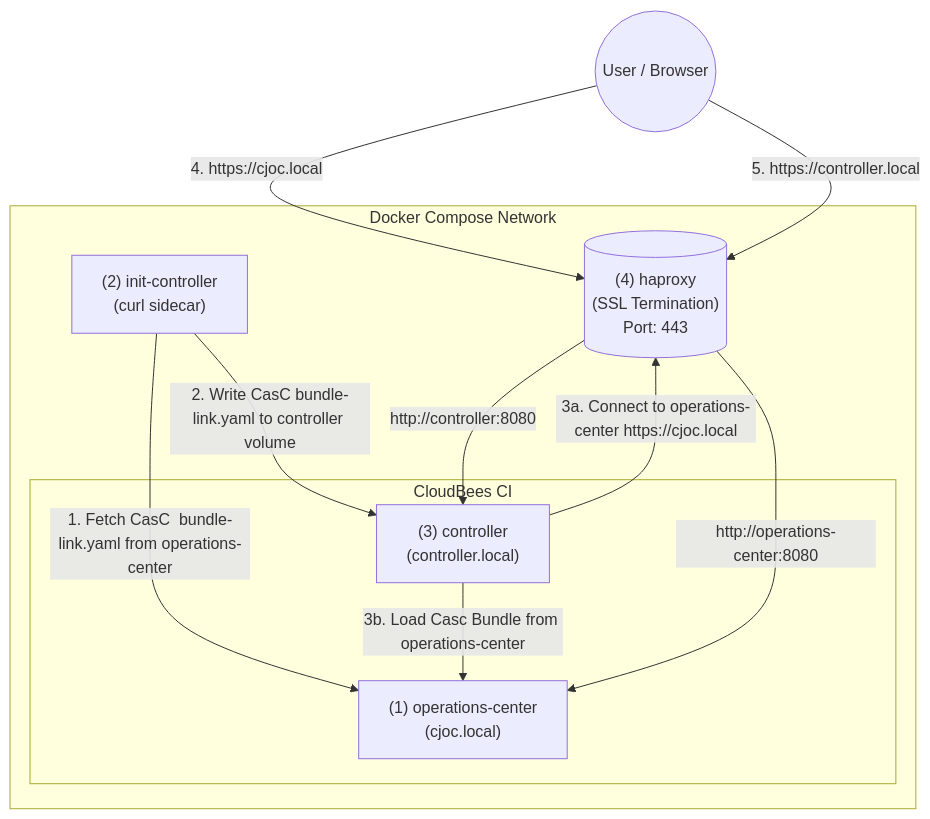
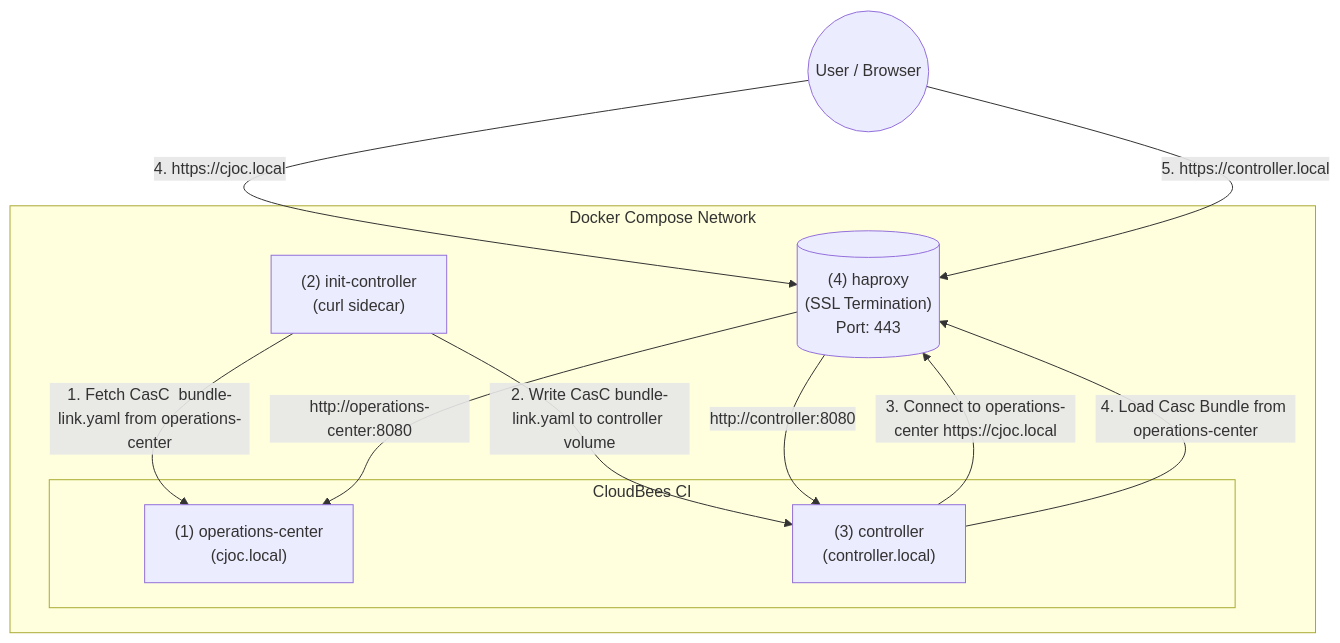
The first of 2 diagrams in README.md (cb-ci/ci-traditional), drawn with Mermaid before and after one commit.

````diff
--- a/README.md
+++ b/README.md
@@ -23,27 +23,27 @@
 ```mermaid
 graph TD
     User((User / Browser))
     subgraph "Docker Compose Network"
         HAProxy[("(4) haproxy
         (SSL Termination)
         Port: 443")]
         
         subgraph "CloudBees CI"
             CJOC["(1) operations-center
             (cjoc.local)"]
             Controller["(3) controller
             (controller.local)"]
         end
         
         Init["(2) init-controller
         (curl sidecar)"]       
     end    
     
     Init -- "1. Fetch CasC  bundle-link.yaml from operations-center" --> CJOC
     Init -- "2. Write CasC bundle-link.yaml to controller volume" --> Controller
-    Controller -- "3a. Connect to operations-center https://cjoc.local" --> HAProxy
-    Controller -- "3b. Load Casc Bundle from operations-center" --> CJOC
+    Controller -- "3. Connect to operations-center https://cjoc.local" --> HAProxy
+    Controller -- "4. Load Casc Bundle from operations-center" --> HAProxy
 
     User -- "4. https://cjoc.local" --> HAProxy -- "http://operations-center:8080" --> CJOC
     User -- "5. https://controller.local" --> HAProxy -- "http://controller:8080" --> Controller
 ```
````
